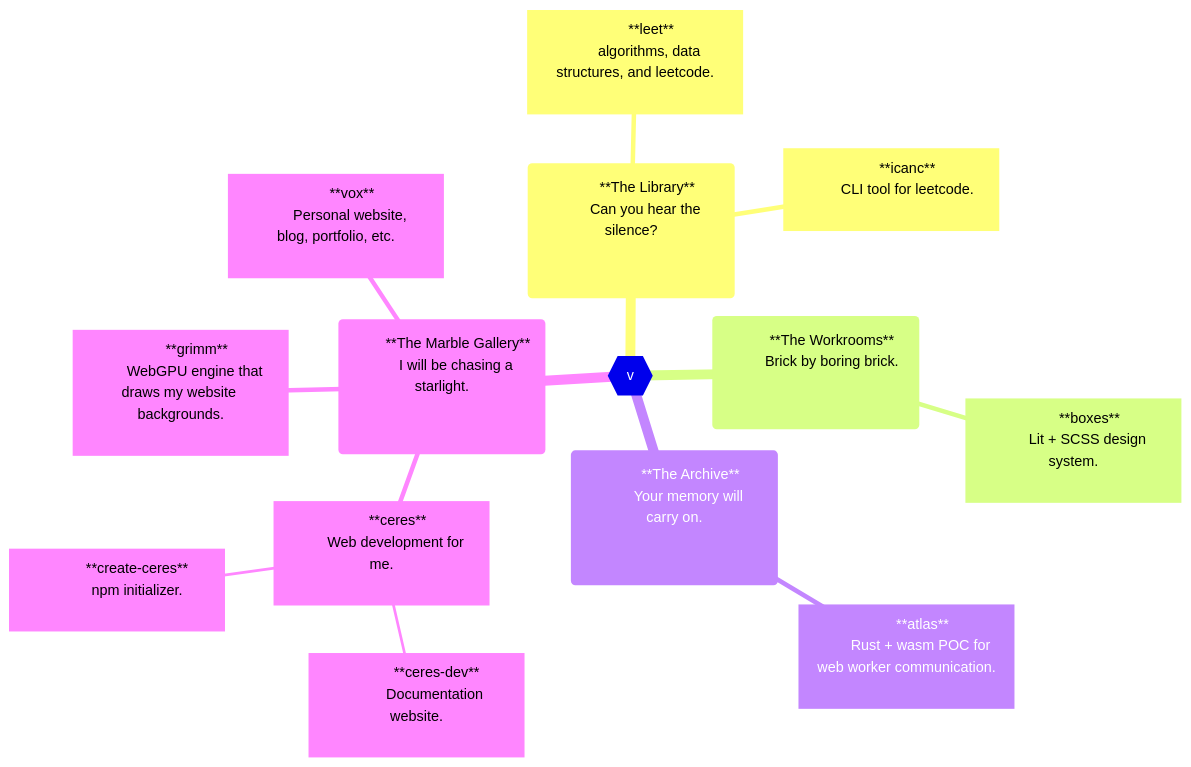
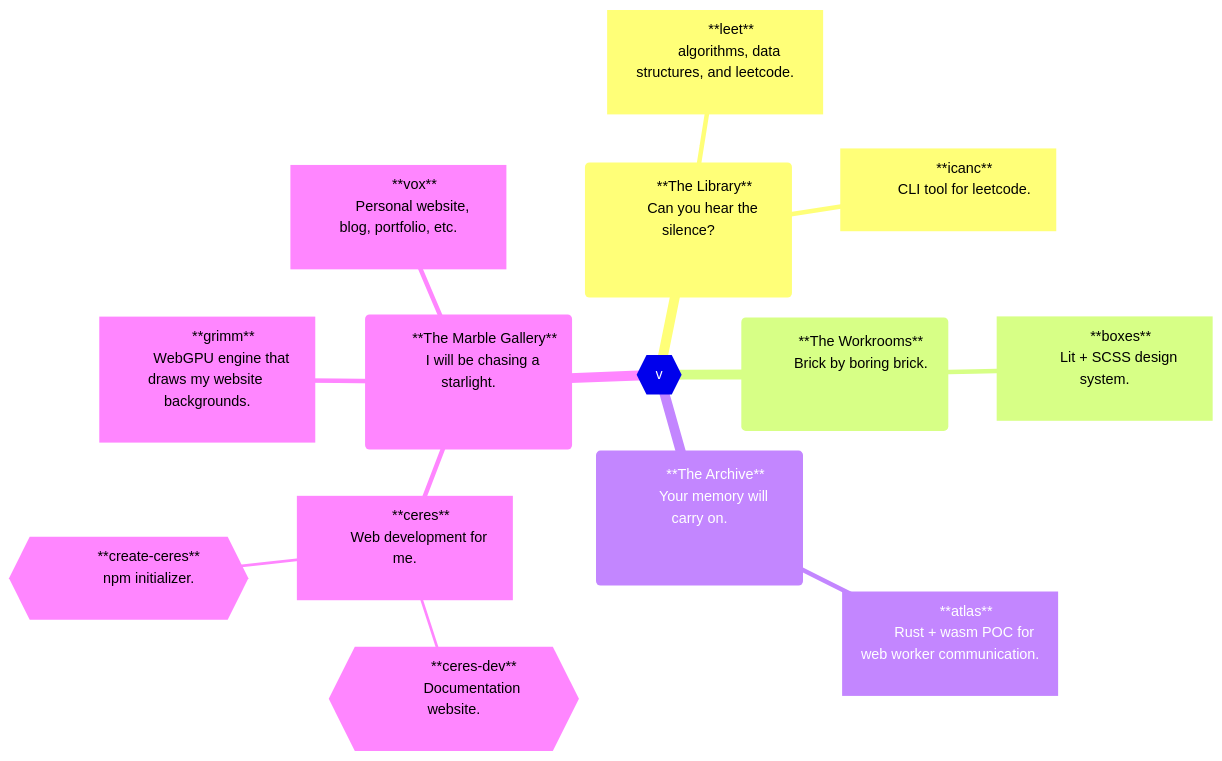
The diagram in README.md (voxelstack/voxelstack), drawn with Mermaid before and after one commit.

````diff
--- a/README.md
+++ b/README.md
@@ -4,61 +4,61 @@
 ```mermaid
 mindmap
   root{{v}}
     (
         **The Library**
         Can you hear the silence?
         <!-- Can you see the dark? -->
     )
       [
         **leet**
         algorithms, data structures, and leetcode.
       ]
       [
         **icanc**
         CLI tool for leetcode.
       ]
     (
         <!-- The word "workshop" was taken from us. -->
         **The Workrooms**
         Brick by boring brick.
         <!-- Or the wolf's gonna blow it down. -->
     )
       [
         **boxes**
         Lit + SCSS design system.
       ]
     (
         **The Archive**
         Your memory will carry on.
         <!-- We'll carry on. -->
     )
       [
         **atlas**
         Rust + wasm POC for web worker communication.
       ]
     (
         **The Marble Gallery**
         I will be chasing a starlight.
         <!-- Until the end of my life. -->
     )
       [
         **ceres**
         Web development for me.
       ]
-        [
+        {{
           **ceres-dev**
           Documentation website.
-        ]
-        [
+        }}
+        {{
           **create-ceres**
           npm initializer.
-        ]
+        }}
       [
         **grimm**
         WebGPU engine that draws my website backgrounds.
       ]
       [
         **vox**
         Personal website, blog, portfolio, etc.
       ]
 ```
````
